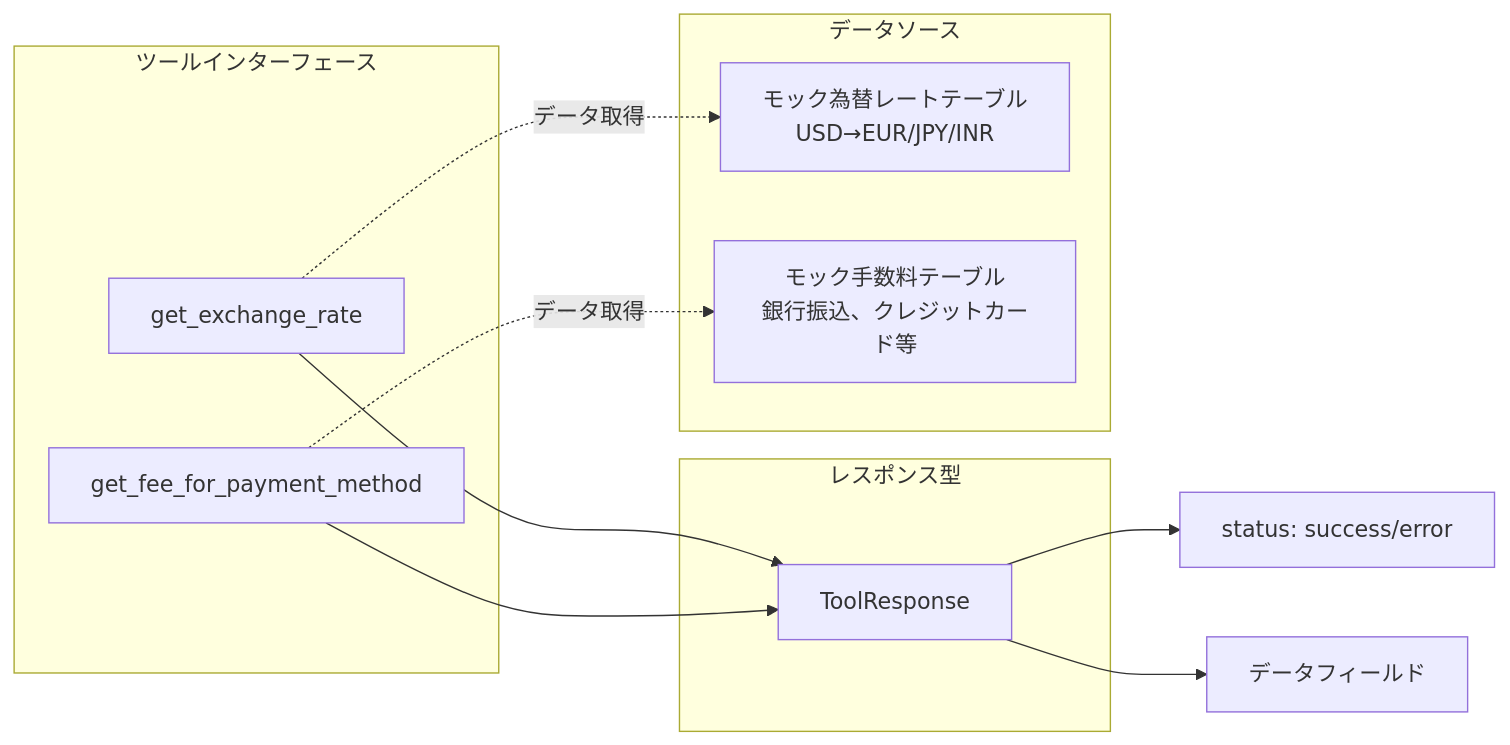
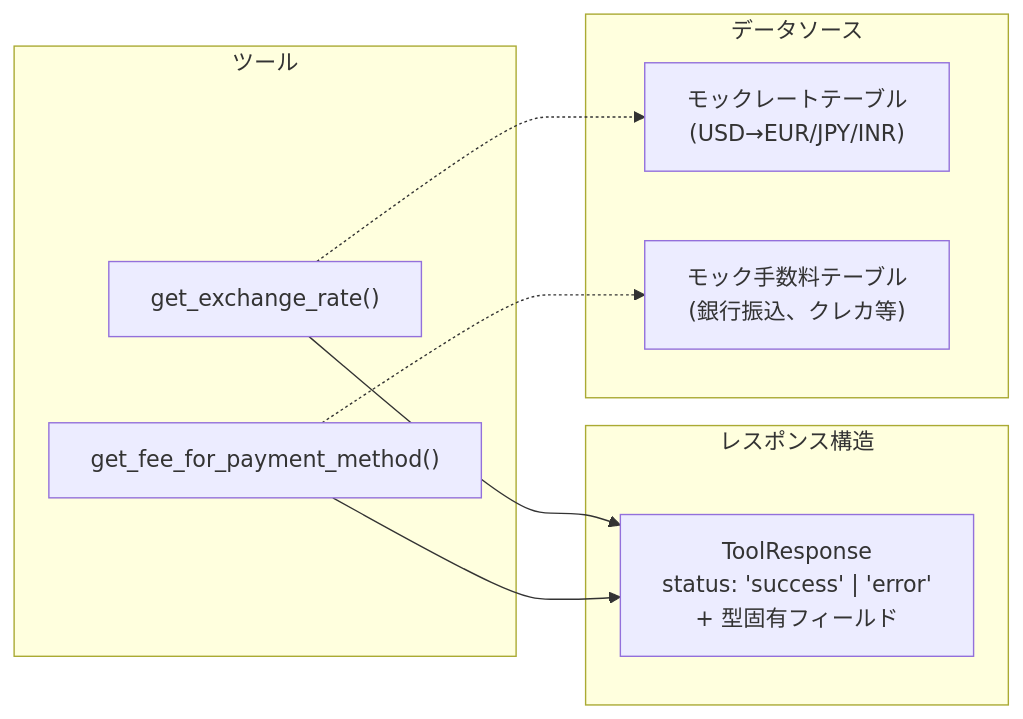
Before and after one commit to myoshi2891/5-Day-AI-Agents-Intensive: the fifth of 5 diagrams in README.md, drawn with Mermaid. The commit also changed other lines of this file, not shown here.

````diff
--- a/README.md
+++ b/README.md
@@ -240,24 +206,22 @@
 ```mermaid
 graph LR
-    subgraph "ツールインターフェース"
-        A[get_exchange_rate]
-        B[get_fee_for_payment_method]
+    subgraph "ツール"
+        ExchangeRate["get_exchange_rate()"]
+        Fee["get_fee_for_payment_method()"]
     end
     
-    subgraph "レスポンス型"
-        C[ToolResponse]
+    subgraph "レスポンス構造"
+        ToolResponse["ToolResponse<br/>status: 'success' | 'error'<br/>+ 型固有フィールド"]
     end
     
+    ExchangeRate --> ToolResponse
+    Fee --> ToolResponse
+    
     subgraph "データソース"
-        D[モック為替レートテーブル<br/>USD→EUR/JPY/INR]
-        E[モック手数料テーブル<br/>銀行振込、クレジットカード等]
+        MockRates["モックレートテーブル<br/>(USD→EUR/JPY/INR)"]
+        MockFees["モック手数料テーブル<br/>(銀行振込、クレカ等)"]
     end
     
-    A --> C
-    B --> C
-    A -.->|データ取得| D
-    B -.->|データ取得| E
-    
-    C --> F[status: success/error]
-    C --> G[データフィールド]
+    ExchangeRate -.-> MockRates
+    Fee -.-> MockFees
 ```
````
